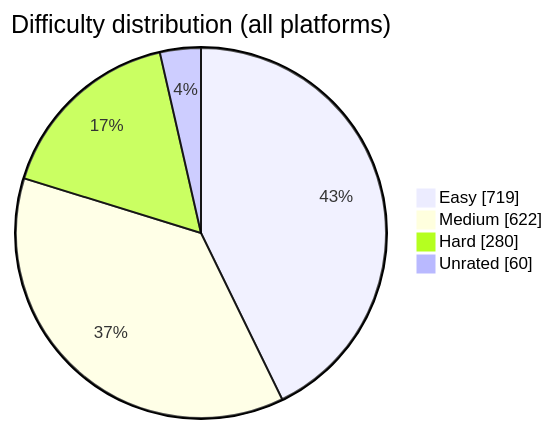
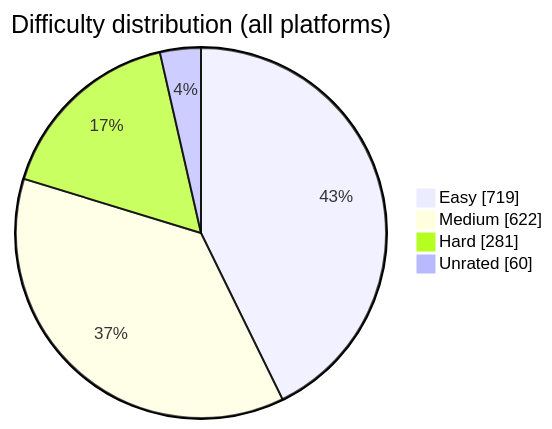
Before and after one commit to BuildbyArindam/Daily-Coding-Log: the diagram in README.md, drawn with Mermaid. The commit also changed other lines of this file, not shown here.

````diff
--- a/README.md
+++ b/README.md
@@ -93,7 +93,7 @@
 ```mermaid
 pie showData title Difficulty distribution (all platforms)
     "Easy" : 719
     "Medium" : 622
-    "Hard" : 280
+    "Hard" : 281
     "Unrated" : 60
 ```
````
